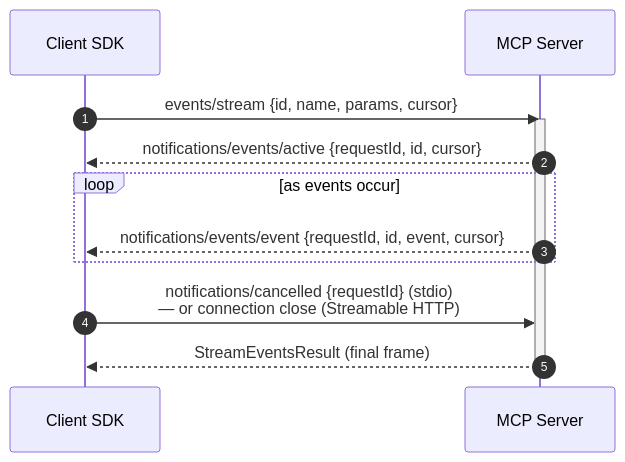
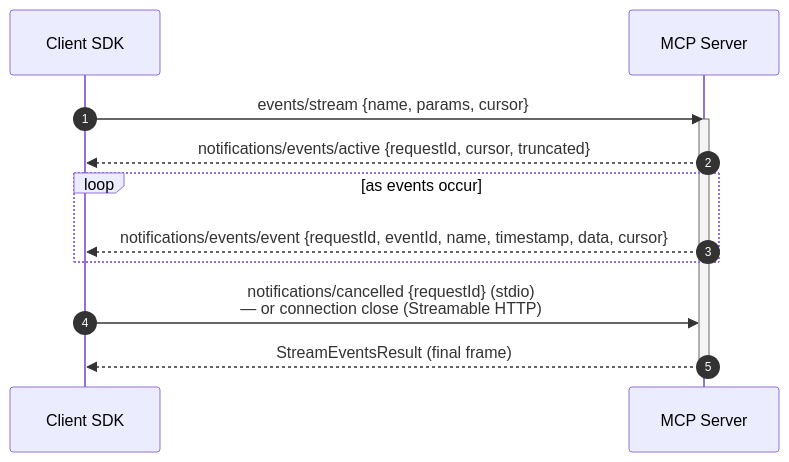
One commit to modelcontextprotocol/experimental-ext-triggers-events changed the second of 4 diagrams in docs/design-sketch-proposal.md. Above: the diagram before and after it, drawn with Mermaid. The commit also changed other lines of this file, not shown here.

````diff
--- a/docs/design-sketch-proposal.md
+++ b/docs/design-sketch-proposal.md
@@ -213,16 +208,16 @@
 ```mermaid
 sequenceDiagram
     autonumber
     participant SDK as Client SDK
     participant Server as MCP Server
 
-    SDK->>Server: events/stream {id, name, params, cursor}
+    SDK->>Server: events/stream {name, params, cursor}
     activate Server
-    Server-->>SDK: notifications/events/active {requestId, id, cursor}
+    Server-->>SDK: notifications/events/active {requestId, cursor, truncated}
     loop as events occur
-        Server-->>SDK: notifications/events/event {requestId, id, event, cursor}
+        Server-->>SDK: notifications/events/event {requestId, eventId, name, timestamp, data, cursor}
     end
     SDK->>Server: notifications/cancelled {requestId} (stdio)<br/>— or connection close (Streamable HTTP)
     Server-->>SDK: StreamEventsResult (final frame)
     deactivate Server
 ```
````
